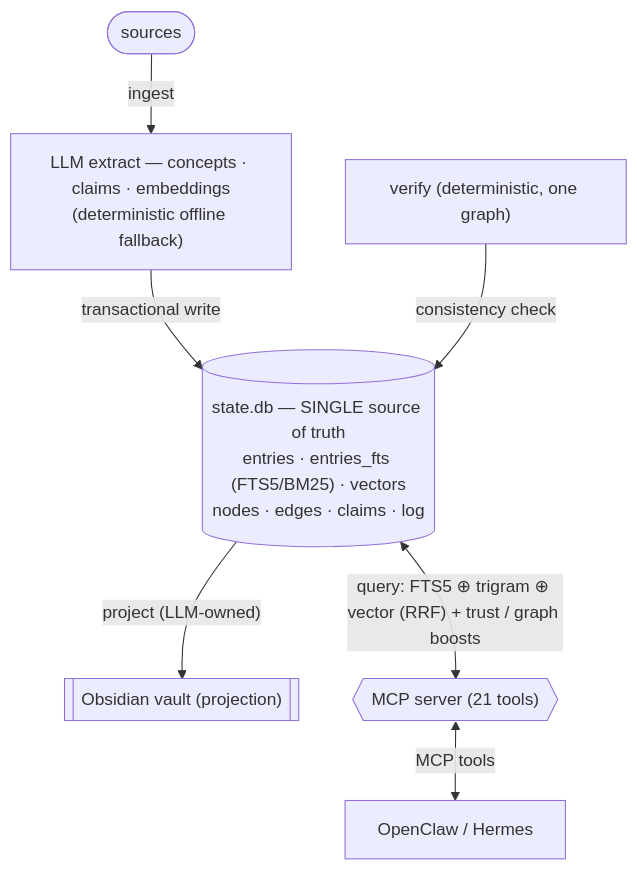
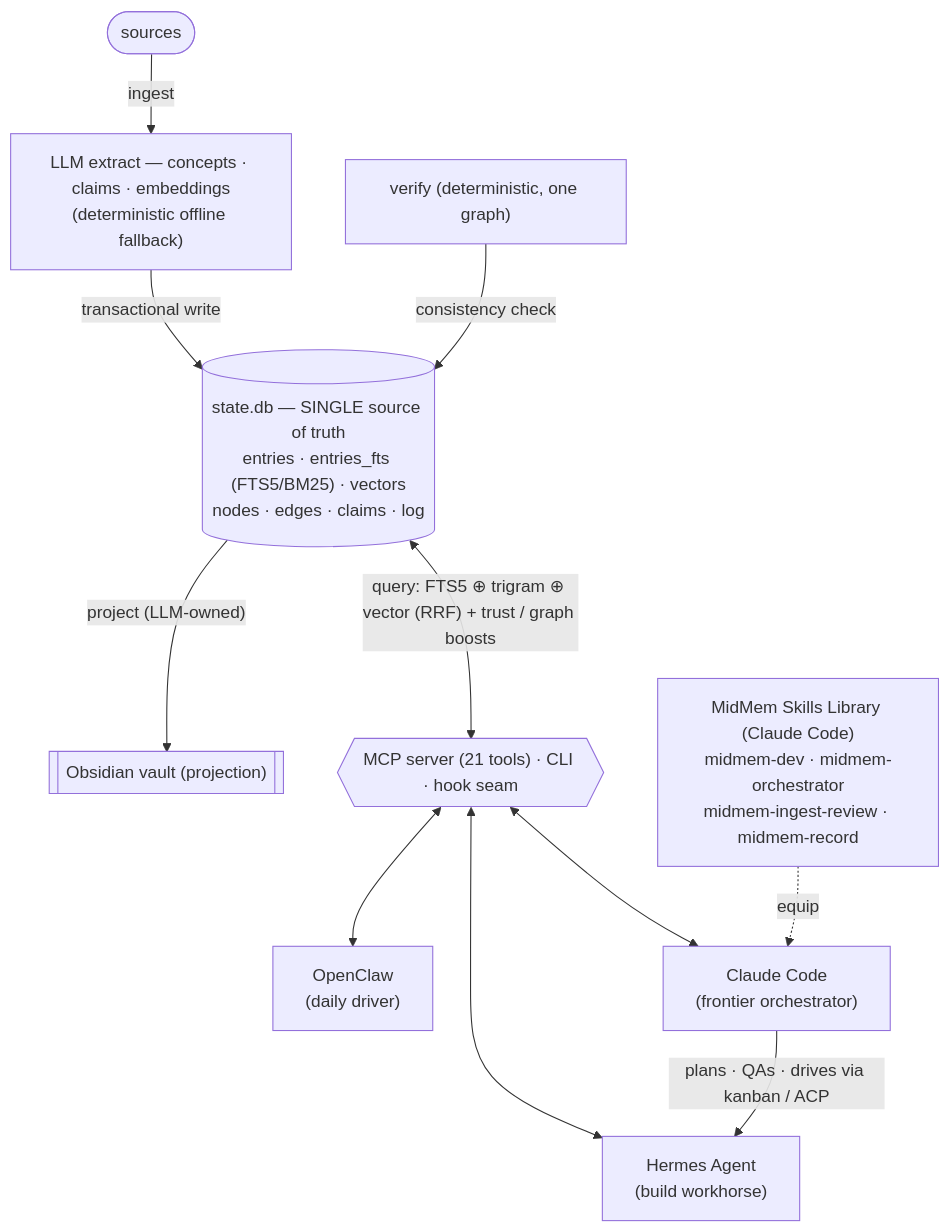
Before and after one commit to U4CMedia/MidMem: the diagram in README.md, drawn with Mermaid. The commit also changed other lines of this file and 5 other files, not shown here.

First line of the commit message:
skills: ship Claude Code MidMem skills library + Claude Code integration option

````diff
--- a/README.md
+++ b/README.md
@@ -38,11 +38,17 @@
 ```mermaid
 flowchart TB
     src([sources]) -->|ingest| extract["LLM extract — concepts · claims · embeddings<br/>(deterministic offline fallback)"]
     extract -->|transactional write| DB[("state.db — SINGLE source of truth<br/>entries · entries_fts (FTS5/BM25) · vectors<br/>nodes · edges · claims · log")]
 
     DB -->|"project (LLM-owned)"| vault[["Obsidian vault (projection)"]]
     verify["verify (deterministic, one graph)"] -->|"consistency check"| DB
 
-    DB <-->|"query: FTS5 ⊕ trigram ⊕ vector (RRF) + trust / graph boosts"| mcp{{"MCP server (21 tools)"}}
-    mcp <-->|"MCP tools"| agents["OpenClaw / Hermes"]
+    DB <-->|"query: FTS5 ⊕ trigram ⊕ vector (RRF) + trust / graph boosts"| mcp{{"MCP server (21 tools) · CLI · hook seam"}}
+
+    mcp <--> oc["OpenClaw<br/>(daily driver)"]
+    mcp <--> hz["Hermes Agent<br/>(build workhorse)"]
+    mcp <--> cc["Claude Code<br/>(frontier orchestrator)"]
+
+    cc -->|"plans · QAs · drives via kanban / ACP"| hz
+    skills["MidMem Skills Library (Claude Code)<br/>midmem-dev · midmem-orchestrator<br/>midmem-ingest-review · midmem-record"] -.->|equip| cc
 ```
````
